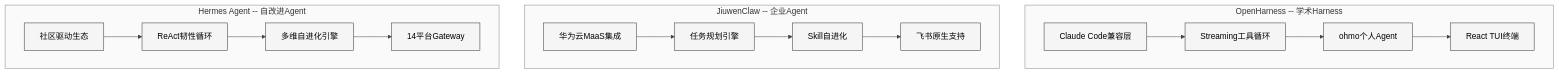
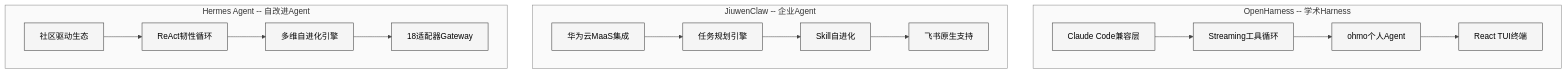
One commit to xiaonancs/hermes-agent-study changed the first of 4 diagrams in part3-comparative-analysis/28-OpenHarness与JiuwenClaw对比.md. Above: the diagram before and after it, drawn with Mermaid. The commit also changed other lines of this file and 16 other files, not shown here.

````diff
--- a/part3-comparative-analysis/28-OpenHarness与JiuwenClaw对比.md
+++ b/part3-comparative-analysis/28-OpenHarness与JiuwenClaw对比.md
@@ -21,33 +21,33 @@
 ```mermaid
 %%{init: {'theme': 'neutral', 'themeVariables': {'background': '#ffffff', 'primaryColor': '#f5f5f5', 'primaryTextColor': '#000000', 'primaryBorderColor': '#333333', 'lineColor': '#444444', 'textColor': '#000000', 'mainBkg': '#f5f5f5', 'nodeBorder': '#333333', 'clusterBkg': '#fafafa', 'clusterBorder': '#888888', 'edgeLabelBackground': '#ffffff'}}}%%
 graph TD
     subgraph openHarness["OpenHarness -- 学术Harness"]
         OH1["Claude Code兼容层"]
         OH2["Streaming工具循环"]
         OH3["ohmo个人Agent"]
         OH4["React TUI终端"]
         OH1 --> OH2
         OH2 --> OH3
         OH3 --> OH4
     end
 
     subgraph jiuwenClaw["JiuwenClaw -- 企业Agent"]
         JC1["华为云MaaS集成"]
         JC2["任务规划引擎"]
         JC3["Skill自进化"]
         JC4["飞书原生支持"]
         JC1 --> JC2
         JC2 --> JC3
         JC3 --> JC4
     end
 
     subgraph hermesAgent["Hermes Agent -- 自改进Agent"]
         HA1["社区驱动生态"]
         HA2["ReAct韧性循环"]
         HA3["多维自进化引擎"]
-        HA4["14平台Gateway"]
+        HA4["18适配器Gateway"]
         HA1 --> HA2
         HA2 --> HA3
         HA3 --> HA4
     end
 ```
````
